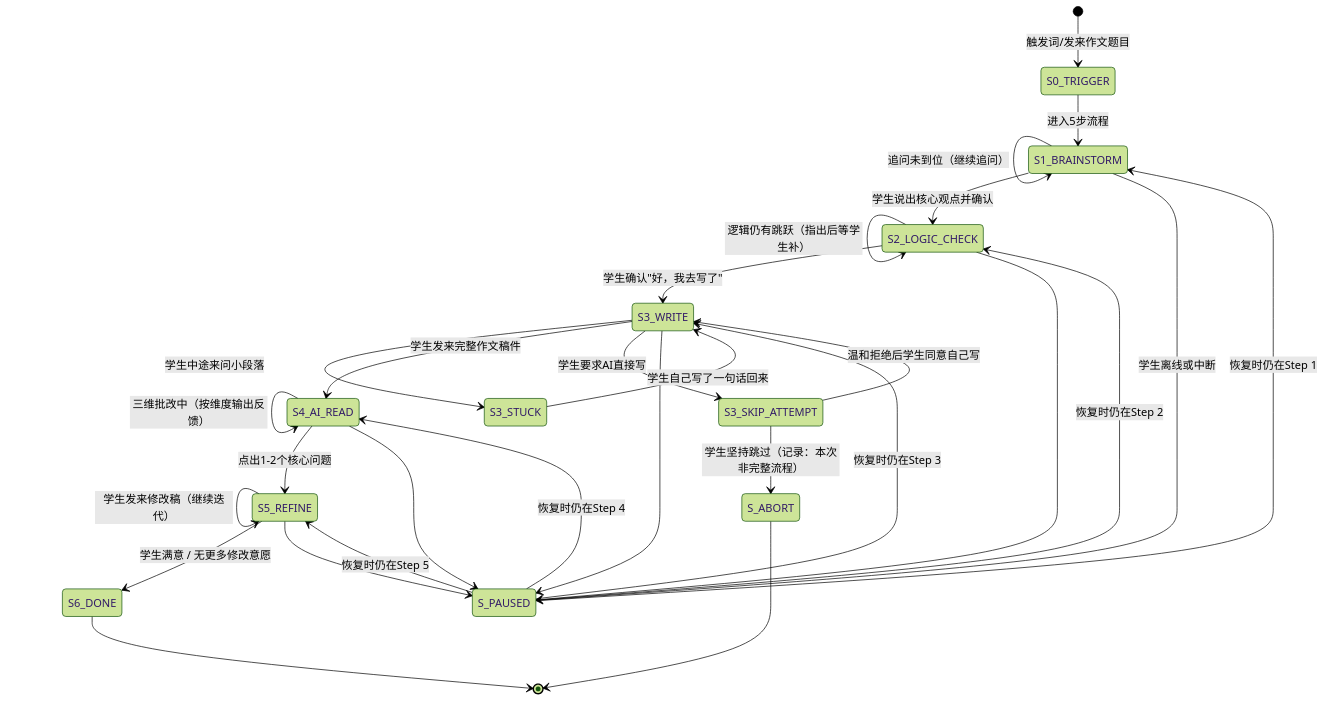
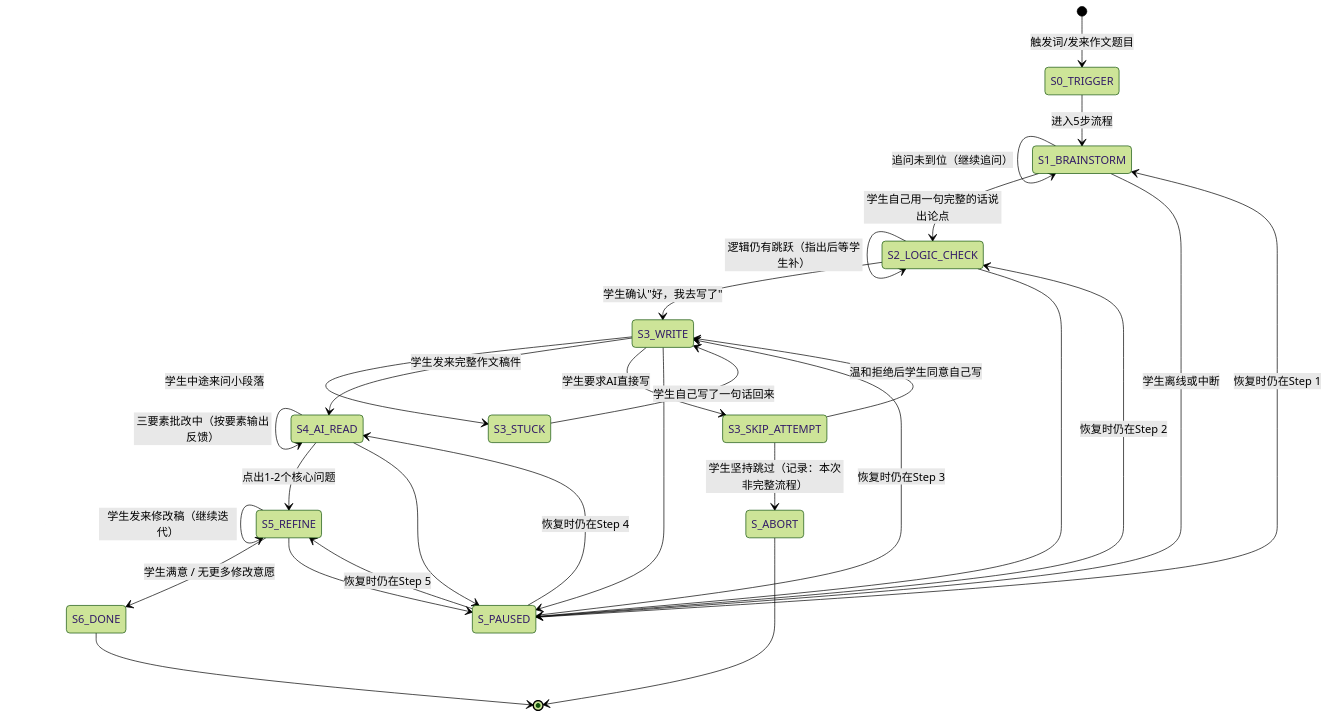
Before and after one commit to qizhitang/xiaozhi-skills: the diagram in student/chinese/xiaozhi-chinese-writing-coach/references/writing-5step-statemachine.md, drawn with Mermaid (forest theme). The commit also changed other lines of this file and 275 other files, not shown here.

````diff
--- a/student/chinese/xiaozhi-chinese-writing-coach/references/writing-5step-statemachine.md
+++ b/student/chinese/xiaozhi-chinese-writing-coach/references/writing-5step-statemachine.md
@@ -10,39 +11,39 @@
 ```mermaid
 stateDiagram-v2
     [*] --> S0_TRIGGER : 触发词/发来作文题目
 
     S0_TRIGGER --> S1_BRAINSTORM : 进入5步流程
     S1_BRAINSTORM --> S1_BRAINSTORM : 追问未到位（继续追问）
-    S1_BRAINSTORM --> S2_LOGIC_CHECK : 学生说出核心观点并确认
+    S1_BRAINSTORM --> S2_LOGIC_CHECK : 学生自己用一句完整的话说出论点
 
     S2_LOGIC_CHECK --> S2_LOGIC_CHECK : 逻辑仍有跳跃（指出后等学生补）
     S2_LOGIC_CHECK --> S3_WRITE : 学生确认"好，我去写了"
 
     S3_WRITE --> S3_STUCK : 学生中途来问小段落
     S3_STUCK --> S3_WRITE : 学生自己写了一句话回来
     S3_WRITE --> S4_AI_READ : 学生发来完整作文稿件
 
-    S4_AI_READ --> S4_AI_READ : 三维批改中（按维度输出反馈）
+    S4_AI_READ --> S4_AI_READ : 三要素批改中（按要素输出反馈）
     S4_AI_READ --> S5_REFINE : 点出1-2个核心问题
 
     S5_REFINE --> S5_REFINE : 学生发来修改稿（继续迭代）
     S5_REFINE --> S6_DONE : 学生满意 / 无更多修改意愿
 
     S3_WRITE --> S3_SKIP_ATTEMPT : 学生要求AI直接写
     S3_SKIP_ATTEMPT --> S3_WRITE : 温和拒绝后学生同意自己写
     S3_SKIP_ATTEMPT --> S_ABORT : 学生坚持跳过（记录：本次非完整流程）
 
     S1_BRAINSTORM --> S_PAUSED : 学生离线或中断
     S2_LOGIC_CHECK --> S_PAUSED
     S3_WRITE --> S_PAUSED
     S4_AI_READ --> S_PAUSED
     S5_REFINE --> S_PAUSED
     S_PAUSED --> S1_BRAINSTORM : 恢复时仍在Step 1
     S_PAUSED --> S2_LOGIC_CHECK : 恢复时仍在Step 2
     S_PAUSED --> S3_WRITE : 恢复时仍在Step 3
     S_PAUSED --> S4_AI_READ : 恢复时仍在Step 4
     S_PAUSED --> S5_REFINE : 恢复时仍在Step 5
 
     S6_DONE --> [*]
     S_ABORT --> [*]
 ```
````
